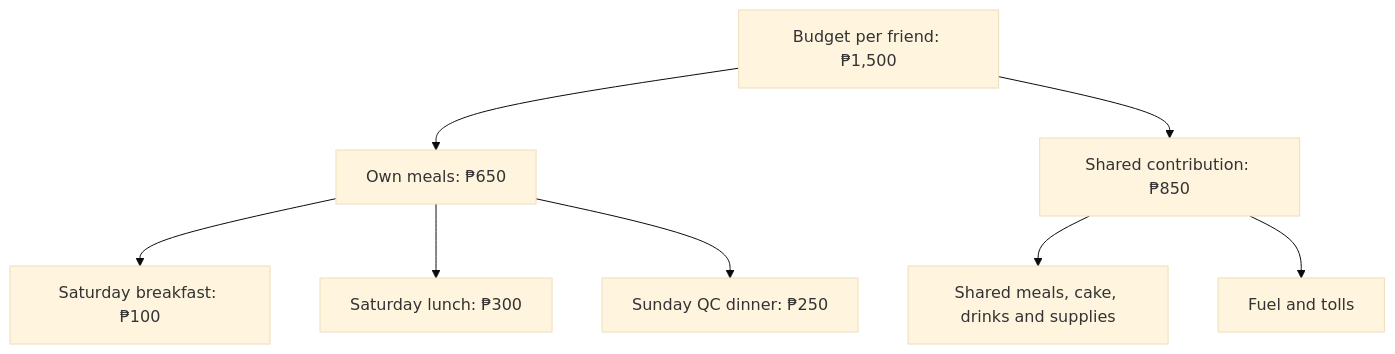
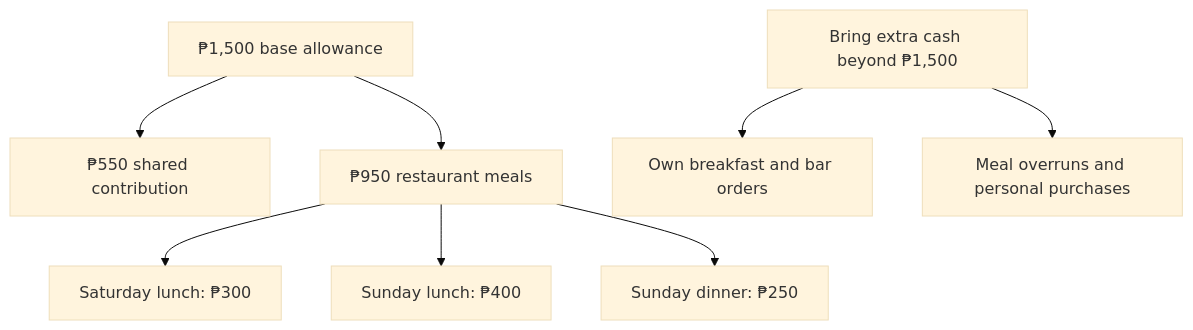
One commit to itsmcliam/Birthday-Plan changed the diagram in assets/budget.mmd. Above: the diagram before and after it, drawn with Mermaid (base theme). The commit also changed 5 other files, not shown here.

```diff
--- a/assets/budget.mmd
+++ b/assets/budget.mmd
@@ -1,8 +1,8 @@
 flowchart TD
-    B["Budget per friend: ₱1,500"] --> M["Own meals: ₱650"]
-    B --> S["Shared contribution: ₱850"]
-    M --> B1["Saturday breakfast: ₱100"]
-    M --> L1["Saturday lunch: ₱300"]
-    M --> D2["Sunday QC dinner: ₱250"]
-    S --> G["Shared meals, cake, drinks and supplies"]
-    S --> T["Fuel and tolls"]
+    A["₱1,500 base allowance"] --> B["₱550 shared contribution"]
+    A --> C["₱950 restaurant meals"]
+    C --> D["Saturday lunch: ₱300"]
+    C --> E["Sunday lunch: ₱400"]
+    C --> F["Sunday dinner: ₱250"]
+    G["Bring extra cash beyond ₱1,500"] --> H["Own breakfast and bar orders"]
+    G --> I["Meal overruns and personal purchases"]
```
